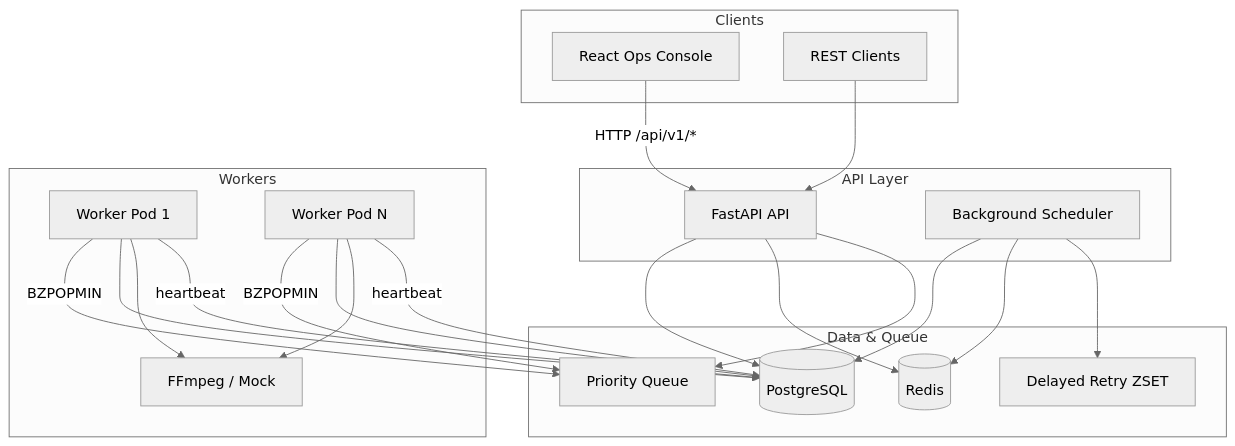
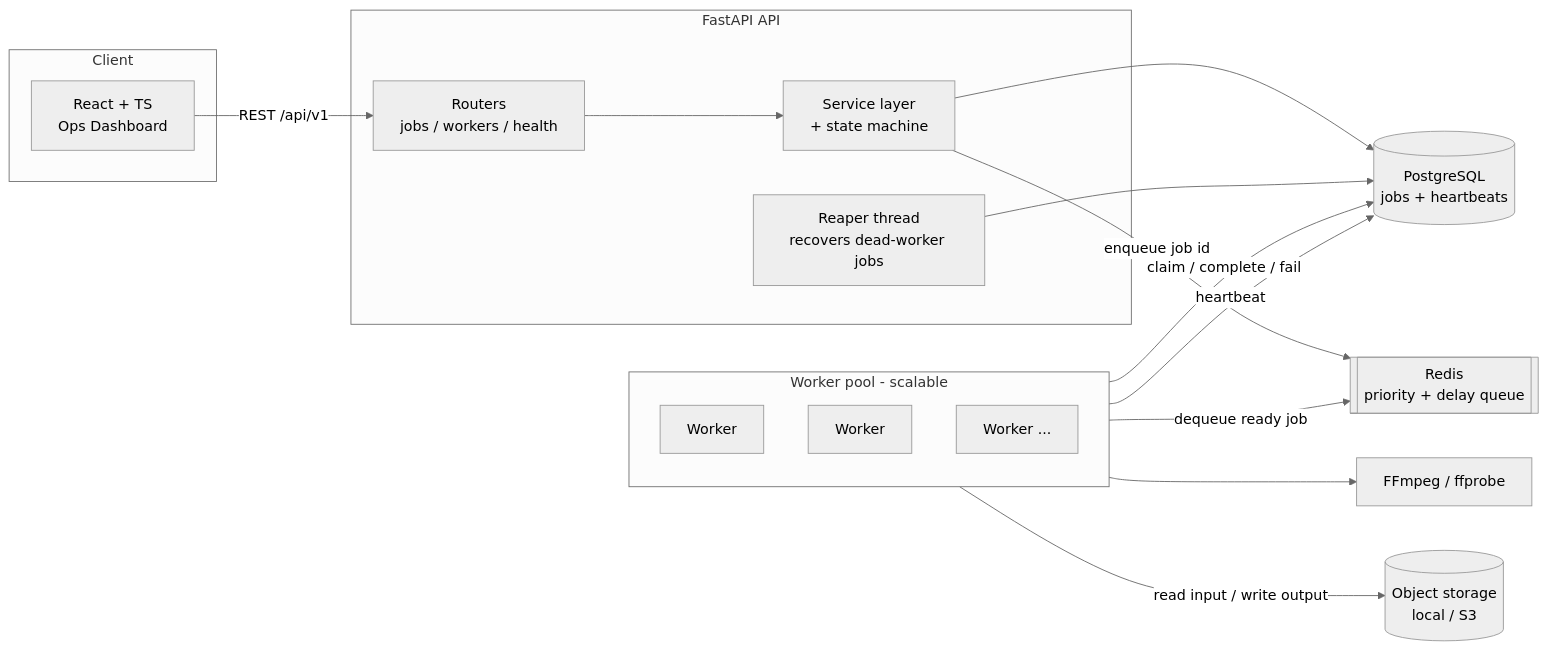
Before and after one commit to Dna072/dna072.github.io: the first of 2 diagrams in projects/renderflow/README.md, drawn with Mermaid (neutral theme). The commit also changed other lines of this file and 138 other files, not shown here.

````diff
--- a/projects/renderflow/README.md
+++ b/projects/renderflow/README.md
@@ -7,42 +58,35 @@
 ```mermaid
-flowchart TB
-    subgraph clients [Clients]
-        UI[React Ops Console]
-        CLI[REST Clients]
+flowchart LR
+    subgraph Client
+        UI[React + TS<br/>Ops Dashboard]
     end
 
-    subgraph api_layer [API Layer]
-        API[FastAPI API]
-        SCH[Background Scheduler]
+    subgraph API[FastAPI API]
+        R[Routers<br/>jobs / workers / health]
+        SVC[Service layer<br/>+ state machine]
+        RP[Reaper thread<br/>recovers dead-worker jobs]
     end
 
-    subgraph data [Data & Queue]
-        PG[(PostgreSQL)]
-        RD[(Redis)]
-        Q[Priority Queue]
-        DQ[Delayed Retry ZSET]
+    DB[(PostgreSQL<br/>jobs + heartbeats)]
+    Q[[Redis<br/>priority + delay queue]]
+    OS[(Object storage<br/>local / S3)]
+
+    subgraph Workers[Worker pool - scalable]
+        W1[Worker]
+        W2[Worker]
+        W3[Worker ...]
     end
 
-    subgraph workers [Workers]
-        W1[Worker Pod 1]
-        W2[Worker Pod N]
-        FF[FFmpeg / Mock]
-    end
+    FF[FFmpeg / ffprobe]
 
-    UI -->|HTTP /api/v1/*| API
-    CLI --> API
-    API --> PG
-    API --> RD
-    API --> Q
-    SCH --> PG
-    SCH --> RD
-    SCH --> DQ
-    W1 -->|BZPOPMIN| Q
-    W2 -->|BZPOPMIN| Q
-    W1 --> PG
-    W2 --> PG
-    W1 --> FF
-    W2 --> FF
-    W1 -->|heartbeat| PG
-    W2 -->|heartbeat| PG
+    UI -->|REST /api/v1| R
+    R --> SVC
+    SVC --> DB
+    SVC -->|enqueue job id| Q
+    RP --> DB
+    Workers -->|dequeue ready job| Q
+    Workers -->|claim / complete / fail| DB
+    Workers -->|heartbeat| DB
+    Workers --> FF
+    Workers -->|read input / write output| OS
 ```
````
